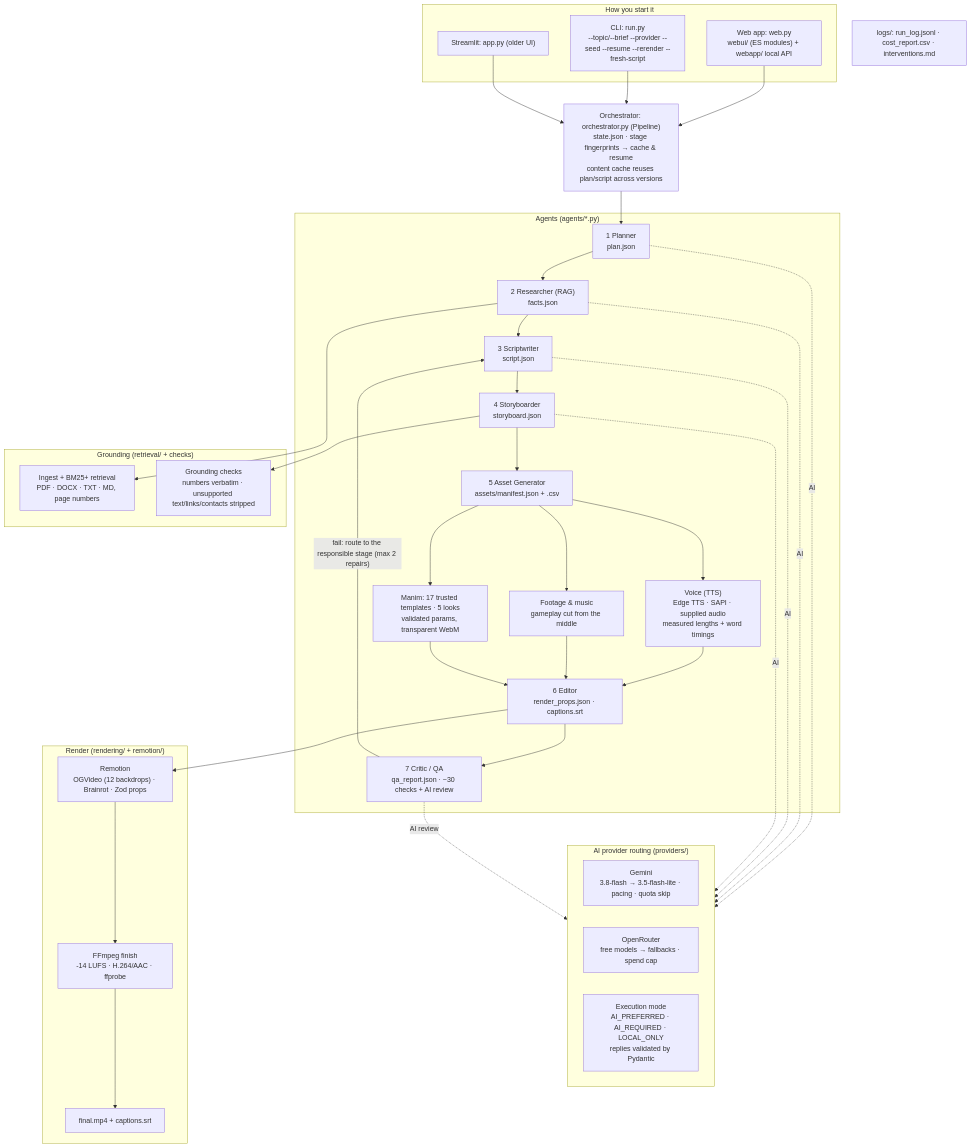
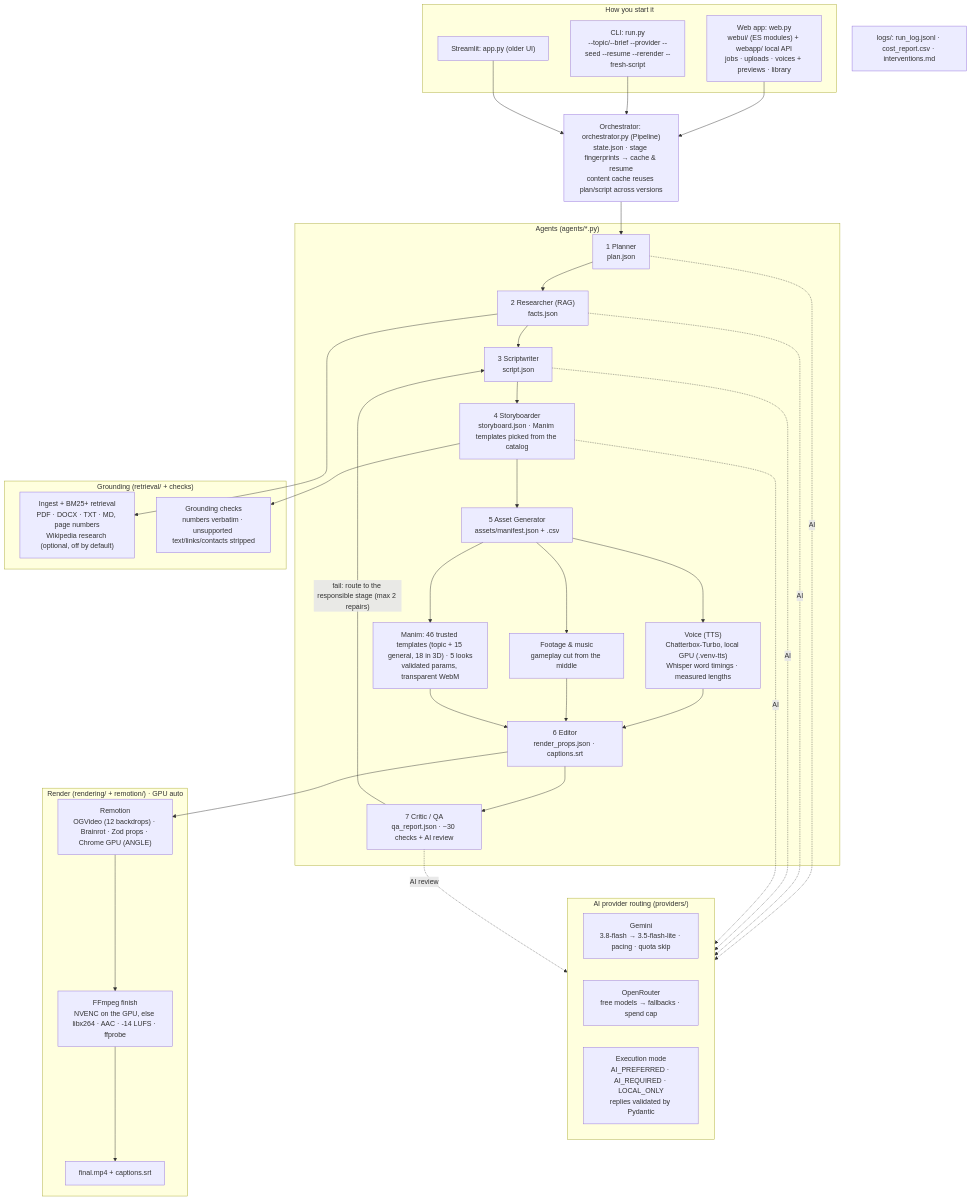
Before and after one commit to aniyow07/AgenticReel: the diagram in docs/architecture.mmd, drawn with Mermaid. The commit also changed 4 other files, not shown here.

Commit message:
Update architecture diagram for the current system

```diff
--- a/docs/architecture.mmd
+++ b/docs/architecture.mmd
@@ -1,53 +1,53 @@
 %% AgentReel architecture (docs/architecture.png is drawn from the same graph by scripts/draw_architecture.py)
 flowchart TD
     subgraph Start["How you start it"]
-        WEB["Web app: web.py<br/>webui/ (ES modules) + webapp/ local API"]
+        WEB["Web app: web.py<br/>webui/ (ES modules) + webapp/ local API<br/>jobs · uploads · voices + previews · library"]
         CLI["CLI: run.py<br/>--topic/--brief --provider --seed --resume --rerender --fresh-script"]
         ST["Streamlit: app.py (older UI)"]
     end
     WEB --> O
     CLI --> O
     ST --> O
     O["Orchestrator: orchestrator.py (Pipeline)<br/>state.json · stage fingerprints → cache & resume<br/>content cache reuses plan/script across versions"]
 
     subgraph Agents["Agents (agents/*.py)"]
         P["1 Planner<br/>plan.json"] --> R["2 Researcher (RAG)<br/>facts.json"]
         R --> S["3 Scriptwriter<br/>script.json"]
-        S --> B["4 Storyboarder<br/>storyboard.json"]
+        S --> B["4 Storyboarder<br/>storyboard.json · Manim templates picked from the catalog"]
         B --> A["5 Asset Generator<br/>assets/manifest.json + .csv"]
-        A --> TTS["Voice (TTS)<br/>Edge TTS · SAPI · supplied audio<br/>measured lengths + word timings"]
+        A --> TTS["Voice (TTS)<br/>Chatterbox-Turbo, local GPU (.venv-tts)<br/>Whisper word timings · measured lengths"]
         A --> VIS["Footage & music<br/>gameplay cut from the middle"]
-        A --> MAN["Manim: 17 trusted templates · 5 looks<br/>validated params, transparent WebM"]
+        A --> MAN["Manim: 46 trusted templates (topic + 15 general, 18 in 3D) · 5 looks<br/>validated params, transparent WebM"]
         TTS --> E["6 Editor<br/>render_props.json · captions.srt"]
         VIS --> E
         MAN --> E
         E --> C["7 Critic / QA<br/>qa_report.json · ~30 checks + AI review"]
     end
     O --> P
     C -- "fail: route to the responsible stage (max 2 repairs)" --> S
 
     subgraph Providers["AI provider routing (providers/)"]
         GEM["Gemini<br/>3.8-flash → 3.5-flash-lite · pacing · quota skip"]
         ORR["OpenRouter<br/>free models → fallbacks · spend cap"]
         MODE["Execution mode<br/>AI_PREFERRED · AI_REQUIRED · LOCAL_ONLY<br/>replies validated by Pydantic"]
     end
     P -. AI .-> Providers
     R -. AI .-> Providers
     S -. AI .-> Providers
     B -. AI .-> Providers
     C -. AI review .-> Providers
 
     subgraph Grounding["Grounding (retrieval/ + checks)"]
-        RAG["Ingest + BM25+ retrieval<br/>PDF · DOCX · TXT · MD, page numbers"]
+        RAG["Ingest + BM25+ retrieval<br/>PDF · DOCX · TXT · MD, page numbers<br/>Wikipedia research (optional, off by default)"]
         GR["Grounding checks<br/>numbers verbatim · unsupported text/links/contacts stripped"]
     end
     R --> RAG
     B --> GR
 
-    subgraph Render["Render (rendering/ + remotion/)"]
-        REM["Remotion<br/>OGVideo (12 backdrops) · Brainrot · Zod props"] --> FF["FFmpeg finish<br/>-14 LUFS · H.264/AAC · ffprobe"]
+    subgraph Render["Render (rendering/ + remotion/) · GPU auto"]
+        REM["Remotion<br/>OGVideo (12 backdrops) · Brainrot · Zod props · Chrome GPU (ANGLE)"] --> FF["FFmpeg finish<br/>NVENC on the GPU, else libx264 · AAC · -14 LUFS · ffprobe"]
         FF --> FIN["final.mp4 + captions.srt"]
     end
     E --> REM
 
     LOGS["logs/: run_log.jsonl · cost_report.csv · interventions.md"]
```
